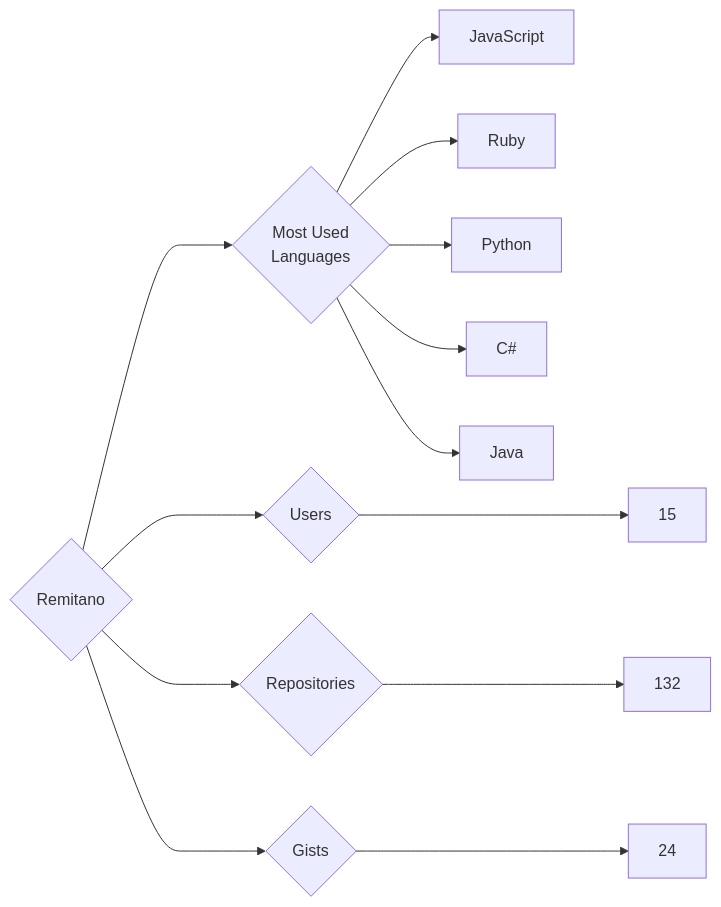
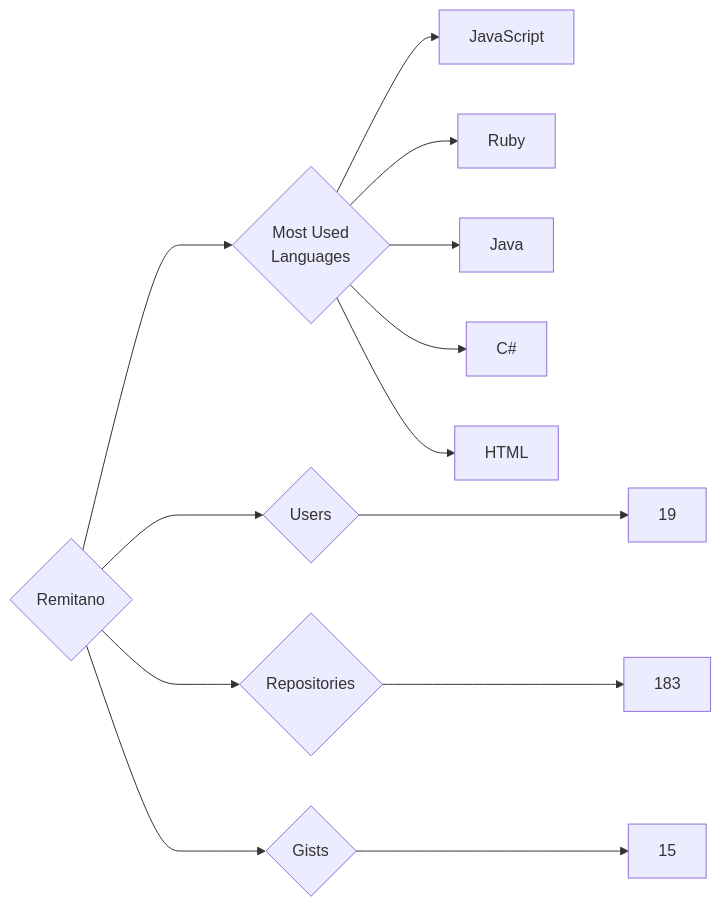
The diagram in targets/Remitano/README.md (trickest/insiders), drawn with Mermaid before and after one commit. The commit also changed 1011 other files, not shown here.

````diff
--- a/targets/Remitano/README.md
+++ b/targets/Remitano/README.md
@@ -3,13 +3,13 @@
 ```mermaid
 graph LR
 COMPANY_NAME{Remitano}
-COMPANY_NAME ---> U{Users} ---> UN[15]
-COMPANY_NAME ---> R{Repositories} ---> RN[132]
-COMPANY_NAME ---> G{Gists} ---> GN[24]
+COMPANY_NAME ---> U{Users} ---> UN[19]
+COMPANY_NAME ---> R{Repositories} ---> RN[183]
+COMPANY_NAME ---> G{Gists} ---> GN[15]
 COMPANY_NAME ---> ML{Most Used<br>Languages}
 ML --> JavaScript[JavaScript]
 ML --> Ruby[Ruby]
-ML --> Python[Python]
+ML --> Java[Java]
 ML --> C#[C#]
-ML --> Java[Java]
+ML --> HTML[HTML]
 ```
````
